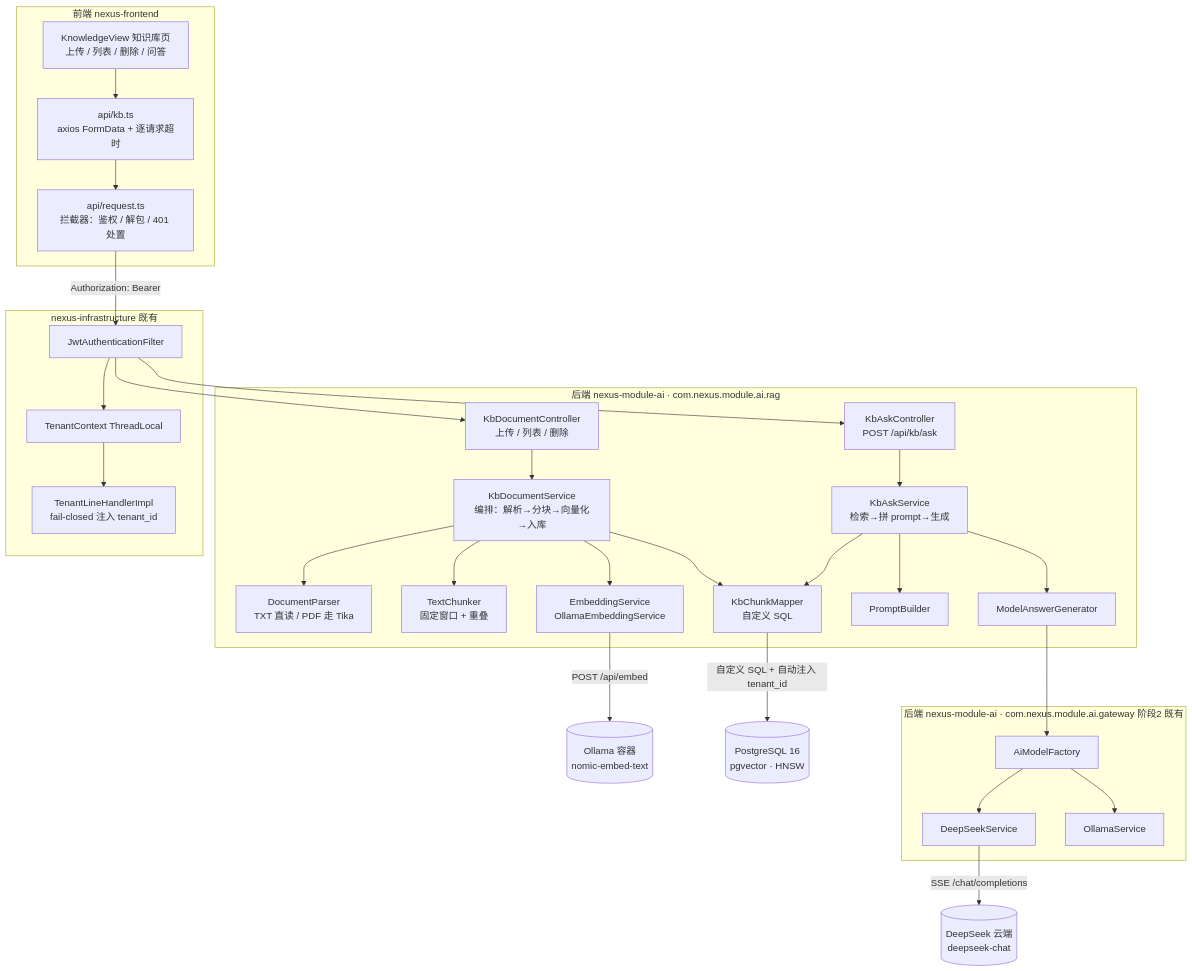
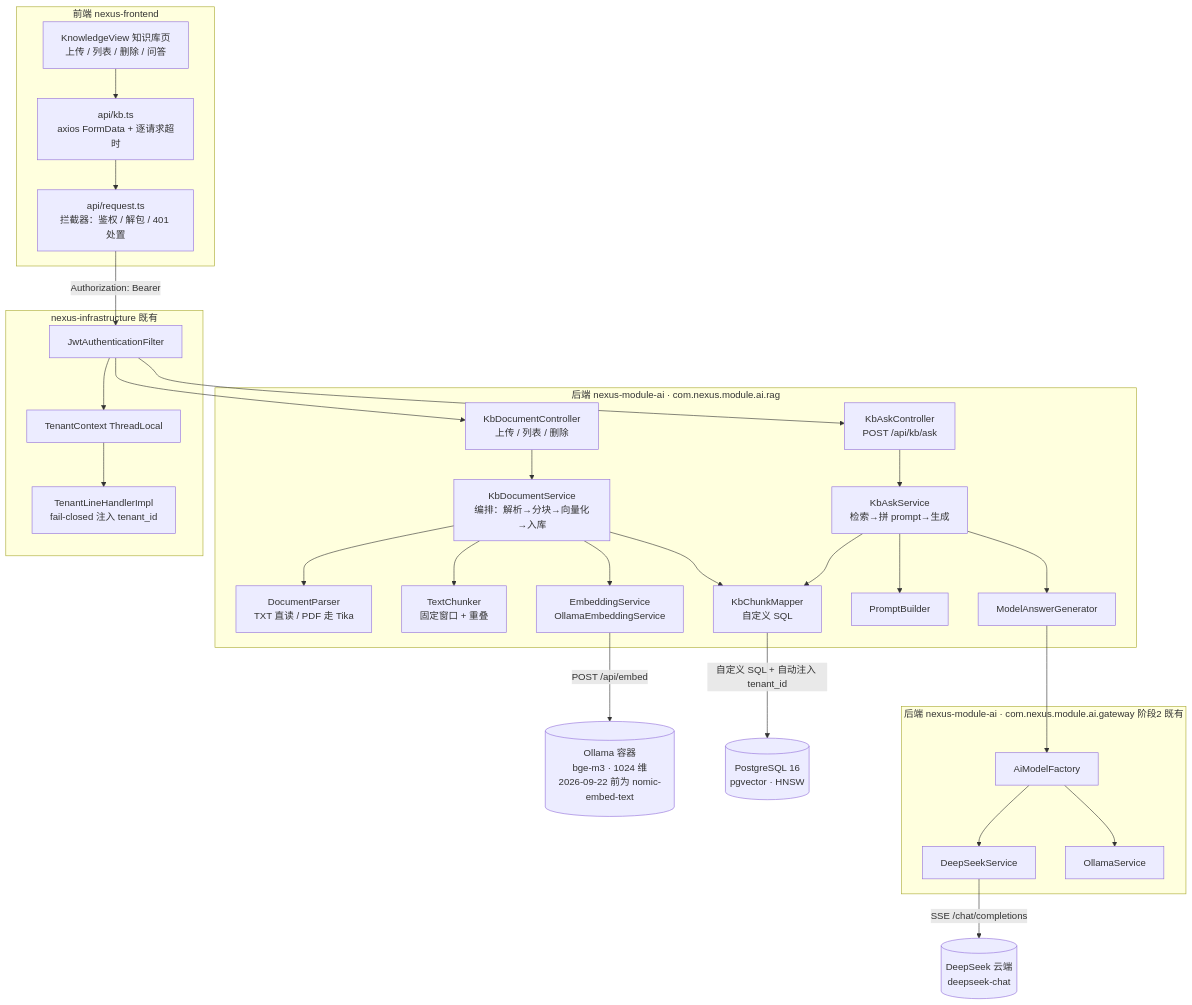
One commit to KeanuCao/nexus-agent-workbench changed the first of 3 diagrams in docs/design/03-RAG知识库.md. Above: the diagram before and after it, drawn with Mermaid. The commit also changed other lines of this file and 9 other files, not shown here.

````diff
--- a/docs/design/03-RAG知识库.md
+++ b/docs/design/03-RAG知识库.md
@@ -52,37 +89,37 @@
 ```mermaid
 graph TD
     subgraph FE[前端 nexus-frontend]
         KV[KnowledgeView 知识库页<br/>上传 / 列表 / 删除 / 问答] --> KBAPI[api/kb.ts<br/>axios FormData + 逐请求超时]
         KBAPI --> RQ[api/request.ts<br/>拦截器：鉴权 / 解包 / 401 处置]
     end
 
     subgraph RAG[后端 nexus-module-ai · com.nexus.module.ai.rag]
         DC[KbDocumentController<br/>上传 / 列表 / 删除] --> DS[KbDocumentService<br/>编排：解析→分块→向量化→入库]
         AC[KbAskController<br/>POST /api/kb/ask] --> AS[KbAskService<br/>检索→拼 prompt→生成]
         DS --> DP[DocumentParser<br/>TXT 直读 / PDF 走 Tika]
         DS --> TC[TextChunker<br/>固定窗口 + 重叠]
         DS --> EMB[EmbeddingService<br/>OllamaEmbeddingService]
         DS --> CM[KbChunkMapper<br/>自定义 SQL]
         AS --> CM
         AS --> PB[PromptBuilder]
         AS --> GEN[ModelAnswerGenerator]
     end
 
     subgraph GW[后端 nexus-module-ai · com.nexus.module.ai.gateway 阶段2 既有]
         GEN --> FAC[AiModelFactory]
         FAC --> DSK[DeepSeekService]
         FAC --> OLL[OllamaService]
     end
 
     subgraph INFRA[nexus-infrastructure 既有]
         JF[JwtAuthenticationFilter] --> TCTX[TenantContext ThreadLocal]
         TCTX --> TLH[TenantLineHandlerImpl<br/>fail-closed 注入 tenant_id]
     end
 
     RQ -->|Authorization: Bearer| JF
     JF --> DC
     JF --> AC
     CM -->|自定义 SQL + 自动注入 tenant_id| PG[(PostgreSQL 16<br/>pgvector · HNSW)]
-    EMB -->|POST /api/embed| OL[(Ollama 容器<br/>nomic-embed-text)]
+    EMB -->|POST /api/embed| OL[(Ollama 容器<br/>bge-m3 · 1024 维<br/>2026-09-22 前为 nomic-embed-text)]
     DSK -->|SSE /chat/completions| CLOUD[(DeepSeek 云端<br/>deepseek-chat)]
 ```
````
